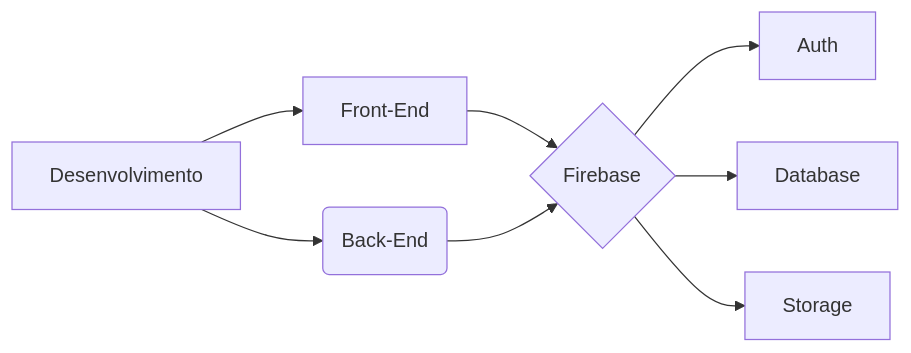
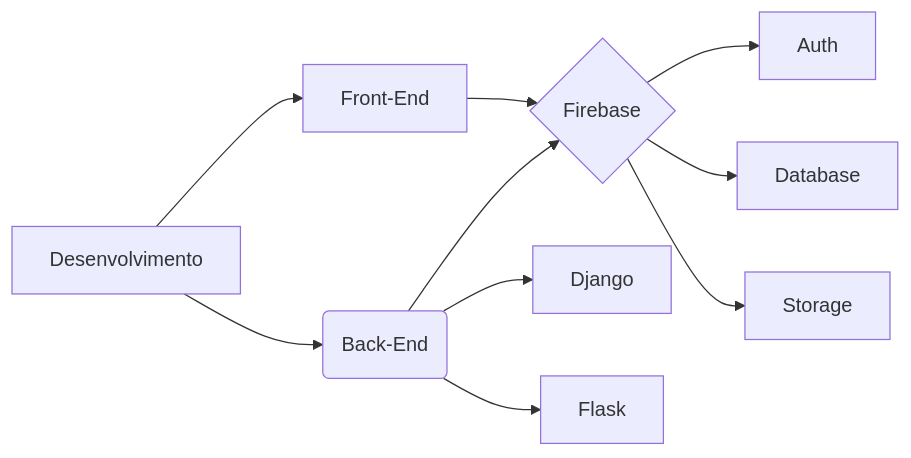
One commit to SauloCandeira/SauloCandeira changed the first of 2 diagrams in README.md. Above: the diagram before and after it, drawn with Mermaid.

````diff
--- a/README.md
+++ b/README.md
@@ -60,10 +60,12 @@
 ```mermaid
 flowchart LR
 Z[Desenvolvimento] --> A[Front-End]
 Z  --> B
 A[Front-End] --> C{Firebase}
 B(Back-End) --> C{Firebase}
+B(Back-End) --> G[Django]
+B(Back-End) --> H[Flask]
 C --> D[Auth]
 C --> E[Database]
 C --> F[Storage]
 ```
````
